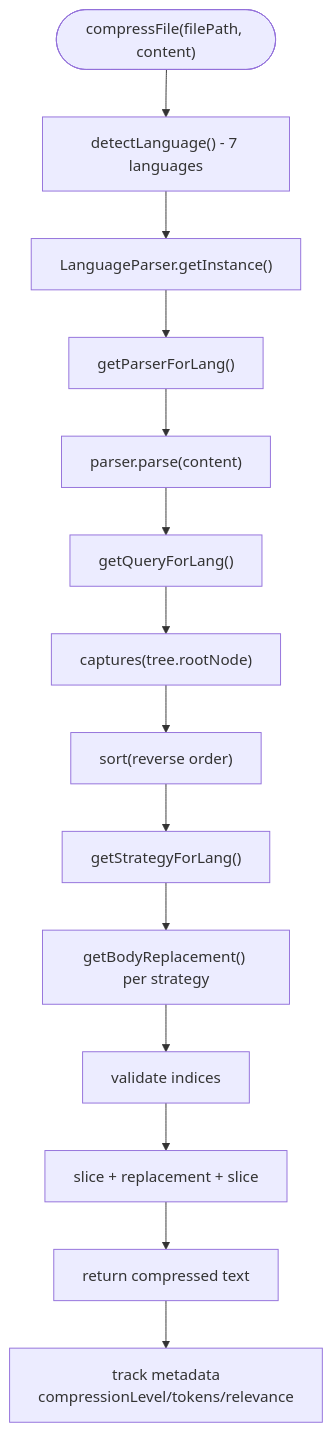
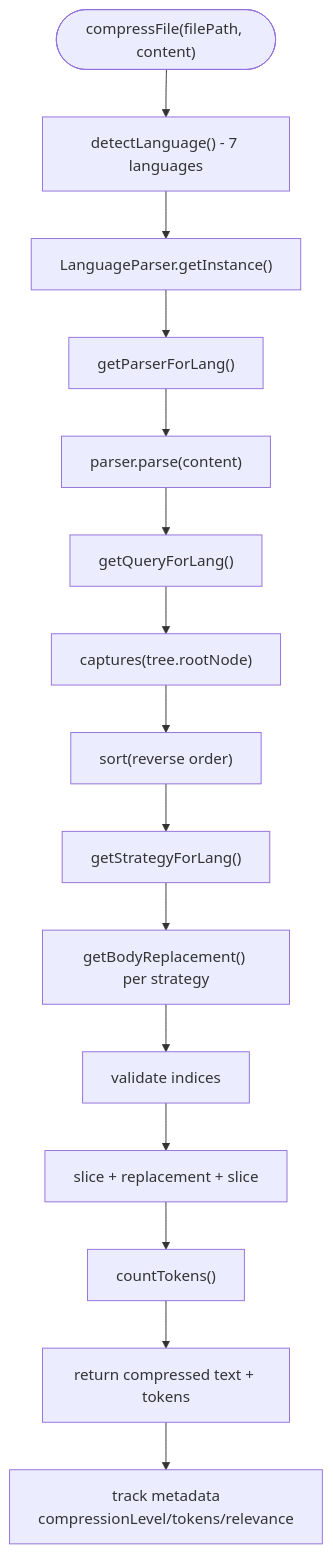
The eighth of 10 diagrams in .qoder/repowiki/en/content/Core Features/Core Features.md (bramburn/repomix-runner), drawn with Mermaid before and after one commit. The commit also changed other lines of this file and 41 other files, not shown here.

````diff
--- a/.qoder/repowiki/en/content/Core Features/Core Features.md
+++ b/.qoder/repowiki/en/content/Core Features/Core Features.md
@@ -617,16 +684,17 @@
 ```mermaid
 flowchart TD
 Start(["compressFile(filePath, content)"]) --> Detect["detectLanguage() - 7 languages"]
 Detect --> LP["LanguageParser.getInstance()"]
 LP --> GetParser["getParserForLang()"]
 GetParser --> Parse["parser.parse(content)"]
 Parse --> Query["getQueryForLang()"]
 Query --> Captures["captures(tree.rootNode)"]
 Captures --> Sort["sort(reverse order)"]
 Sort --> Strategy["getStrategyForLang()"]
 Strategy --> Replace["getBodyReplacement() per strategy"]
 Replace --> Validate["validate indices"]
 Validate --> Slice["slice + replacement + slice"]
-Slice --> Result["return compressed text"]
+Slice --> TokenCount["countTokens()"]
+TokenCount --> Result["return compressed text + tokens"]
 Result --> Meta["track metadata<br/>compressionLevel/tokens/relevance"]
 ```
````
